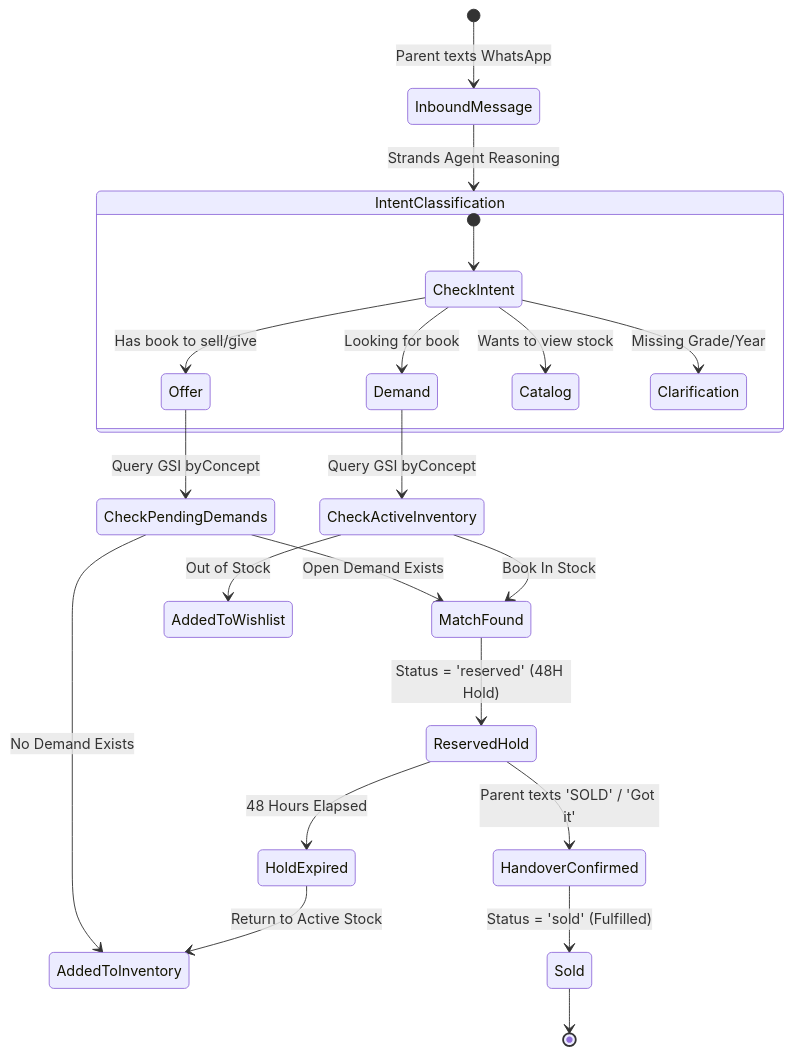
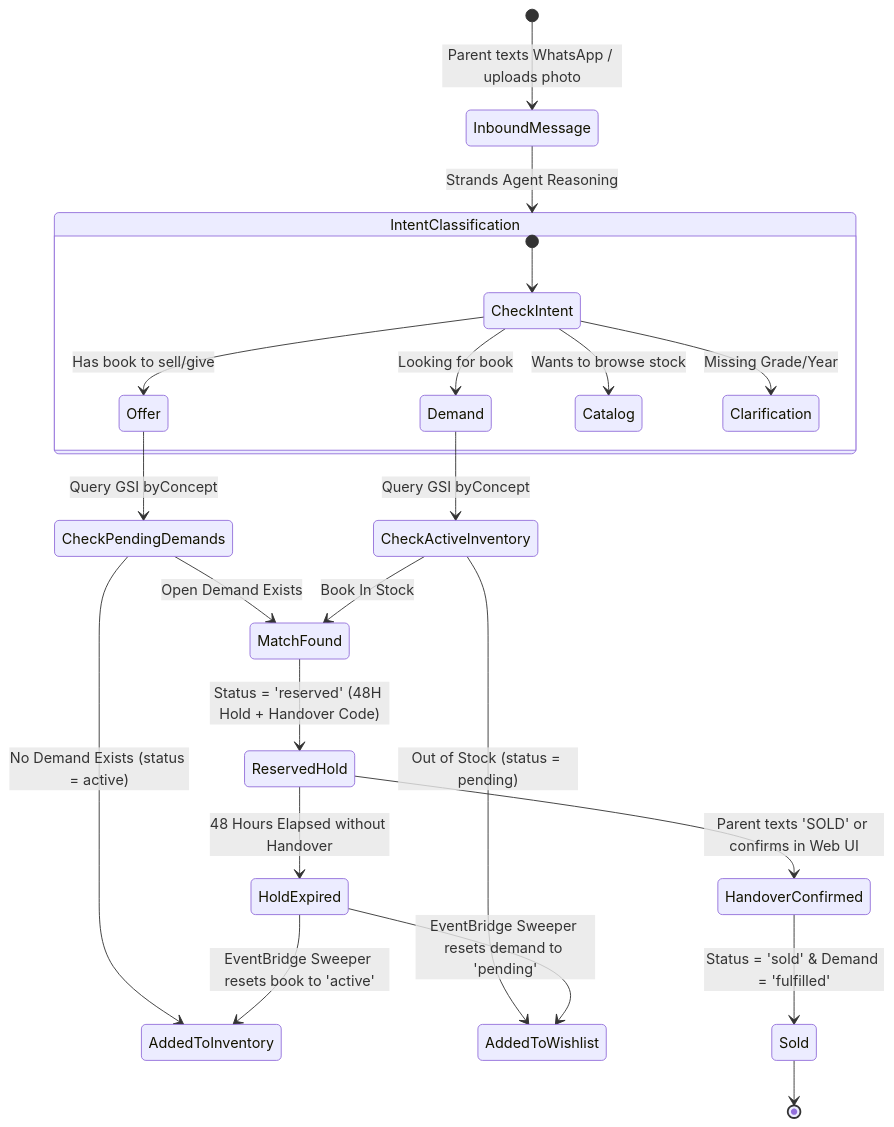
The second of 2 diagrams in ARCHITECTURE.md (trey-rosius/relay_whatsapp), drawn with Mermaid before and after one commit. The commit also changed other lines of this file, not shown here.

Commit message:
docs(architecture): update ARCHITECTURE.md with full architecture details, fixed mermaid subgraphs, and complete component breakdown

````diff
--- a/ARCHITECTURE.md
+++ b/ARCHITECTURE.md
@@ -164,29 +170,31 @@
 ```mermaid
 stateDiagram-v2
-    [*] --> InboundMessage: Parent texts WhatsApp
+    [*] --> InboundMessage: Parent texts WhatsApp / uploads photo
     InboundMessage --> IntentClassification: Strands Agent Reasoning
     
     state IntentClassification {
         [*] --> CheckIntent
         CheckIntent --> Offer: Has book to sell/give
         CheckIntent --> Demand: Looking for book
-        CheckIntent --> Catalog: Wants to view stock
+        CheckIntent --> Catalog: Wants to browse stock
         CheckIntent --> Clarification: Missing Grade/Year
     }
     
     Offer --> CheckPendingDemands: Query GSI byConcept
     CheckPendingDemands --> MatchFound: Open Demand Exists
-    CheckPendingDemands --> AddedToInventory: No Demand Exists
+    CheckPendingDemands --> AddedToInventory: No Demand Exists (status = active)
     
     Demand --> CheckActiveInventory: Query GSI byConcept
     CheckActiveInventory --> MatchFound: Book In Stock
-    CheckActiveInventory --> AddedToWishlist: Out of Stock
+    CheckActiveInventory --> AddedToWishlist: Out of Stock (status = pending)
     
-    MatchFound --> ReservedHold: Status = 'reserved' (48H Hold)
-    ReservedHold --> HandoverConfirmed: Parent texts 'SOLD' / 'Got it'
-    ReservedHold --> HoldExpired: 48 Hours Elapsed
+    MatchFound --> ReservedHold: Status = 'reserved' (48H Hold + Handover Code)
+    ReservedHold --> HandoverConfirmed: Parent texts 'SOLD' or confirms in Web UI
+    ReservedHold --> HoldExpired: 48 Hours Elapsed without Handover
     
-    HoldExpired --> AddedToInventory: Return to Active Stock
-    HandoverConfirmed --> Sold: Status = 'sold' (Fulfilled)
+    HoldExpired --> AddedToInventory: EventBridge Sweeper resets book to 'active'
+    HoldExpired --> AddedToWishlist: EventBridge Sweeper resets demand to 'pending'
+    
+    HandoverConfirmed --> Sold: Status = 'sold' & Demand = 'fulfilled'
     Sold --> [*]
 ```
````
